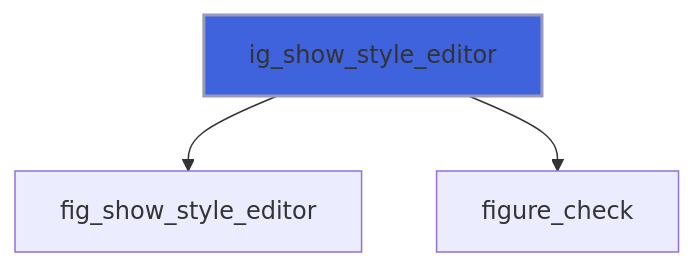
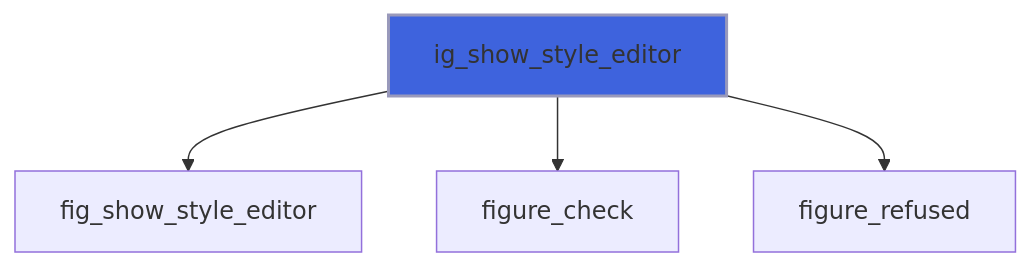
Diagram 21 of 44 in docs/api/src/lib/figure_style.md (szaghi/figure), drawn with Mermaid before and after one commit. The commit also changed other lines of this file and 10 other files, not shown here.

````diff
--- a/docs/api/src/lib/figure_style.md
+++ b/docs/api/src/lib/figure_style.md
@@ -646,6 +695,7 @@
 ```mermaid
 flowchart TD
   ig_show_style_editor["ig_show_style_editor"] --> fig_show_style_editor["fig_show_style_editor"]
   ig_show_style_editor["ig_show_style_editor"] --> figure_check["figure_check"]
+  ig_show_style_editor["ig_show_style_editor"] --> figure_refused["figure_refused"]
   style ig_show_style_editor fill:#3e63dd,stroke:#99b,stroke-width:2px
 ```
````
